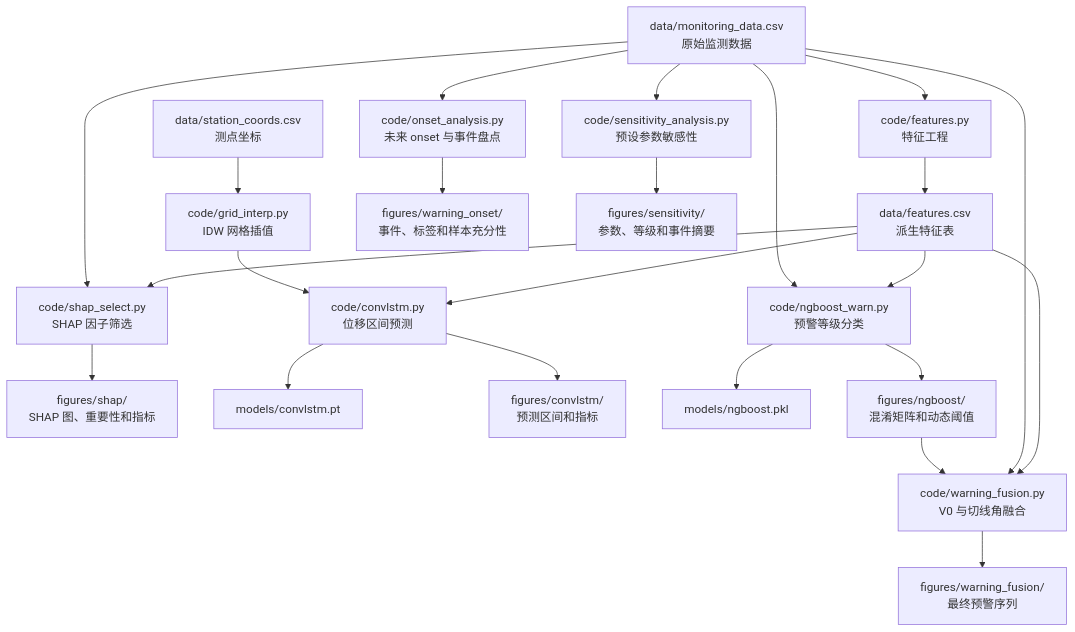
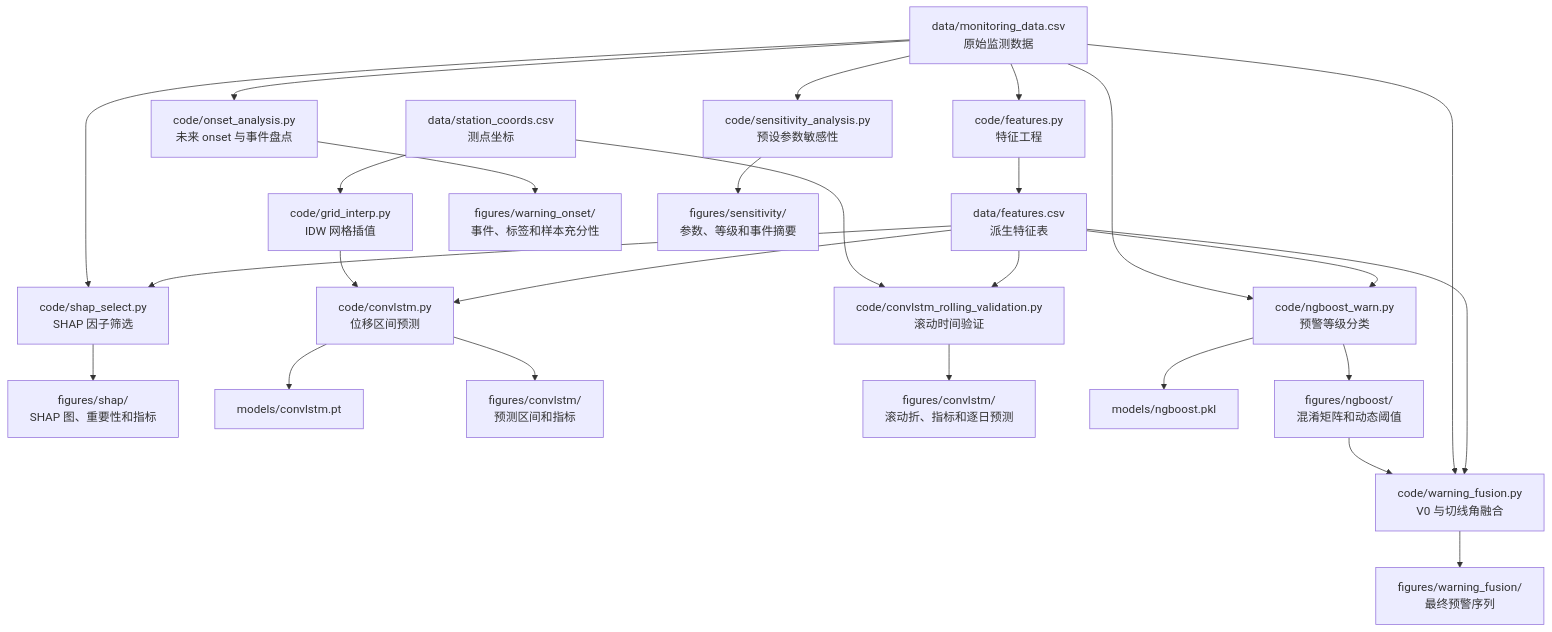
Before and after one commit to wcqqq1214/Landslide-Warning: the diagram in README.md, drawn with Mermaid. The commit also changed other lines of this file and 14 other files, not shown here.

Commit message:
feat: add convlstm rolling validation

````diff
--- a/README.md
+++ b/README.md
@@ -149,25 +154,28 @@
 ```mermaid
 flowchart TD
     A["data/monitoring_data.csv<br/>原始监测数据"] --> B["code/features.py<br/>特征工程"]
     B --> C["data/features.csv<br/>派生特征表"]
     C --> D["code/shap_select.py<br/>SHAP 因子筛选"]
     A --> D
     D --> E["figures/shap/<br/>SHAP 图、重要性和指标"]
     C --> F["code/convlstm.py<br/>位移区间预测"]
     G["data/station_coords.csv<br/>测点坐标"] --> H["code/grid_interp.py<br/>IDW 网格插值"]
     H --> F
     F --> I["models/convlstm.pt"]
     F --> J["figures/convlstm/<br/>预测区间和指标"]
+    C --> T["code/convlstm_rolling_validation.py<br/>滚动时间验证"]
+    G --> T
+    T --> U["figures/convlstm/<br/>滚动折、指标和逐日预测"]
     C --> K["code/ngboost_warn.py<br/>预警等级分类"]
     A --> K
     K --> L["models/ngboost.pkl"]
     K --> M["figures/ngboost/<br/>混淆矩阵和动态阈值"]
     C --> N["code/warning_fusion.py<br/>V0 与切线角融合"]
     A --> N
     M --> N
     N --> O["figures/warning_fusion/<br/>最终预警序列"]
     A --> P["code/onset_analysis.py<br/>未来 onset 与事件盘点"]
     P --> Q["figures/warning_onset/<br/>事件、标签和样本充分性"]
     A --> R["code/sensitivity_analysis.py<br/>预设参数敏感性"]
     R --> S["figures/sensitivity/<br/>参数、等级和事件摘要"]
 ```
````
